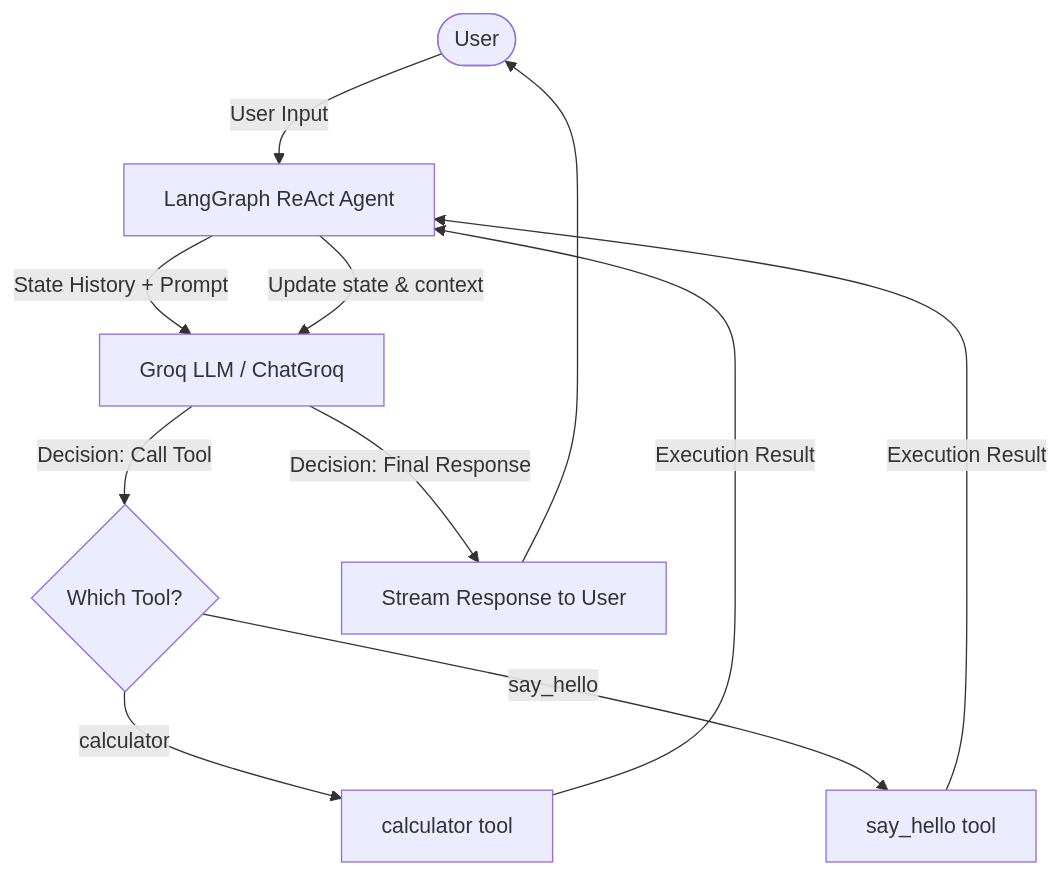
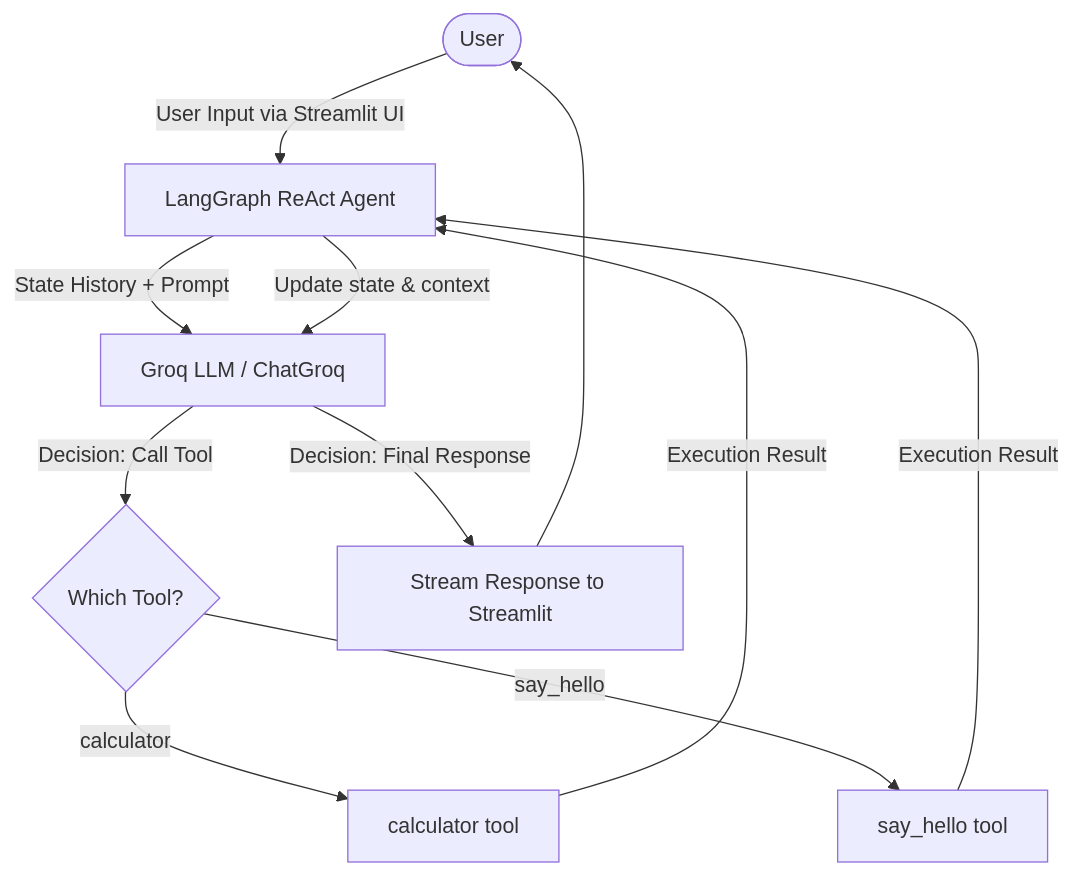
One commit to akarshrajap/grok_chatbot_KLE_gangavathi changed the diagram in README.md. Above: the diagram before and after it, drawn with Mermaid. The commit also changed other lines of this file and 2 other files, not shown here.

````diff
--- a/README.md
+++ b/README.md
@@ -14,13 +11,13 @@
 ```mermaid
 graph TD
-    User([User]) -->|User Input| Agent[LangGraph ReAct Agent]
+    User([User]) -->|User Input via Streamlit UI| Agent[LangGraph ReAct Agent]
     Agent -->|State History + Prompt| LLM[Groq LLM / ChatGroq]
     LLM -->|Decision: Call Tool| ToolCall{Which Tool?}
     ToolCall -->|calculator| ToolCalc[calculator tool]
     ToolCall -->|say_hello| ToolHello[say_hello tool]
     ToolCalc -->|Execution Result| Agent
     ToolHello -->|Execution Result| Agent
     Agent -->|Update state & context| LLM
-    LLM -->|Decision: Final Response| StreamResponse[Stream Response to User]
+    LLM -->|Decision: Final Response| StreamResponse[Stream Response to Streamlit]
     StreamResponse --> User
 ```
````
